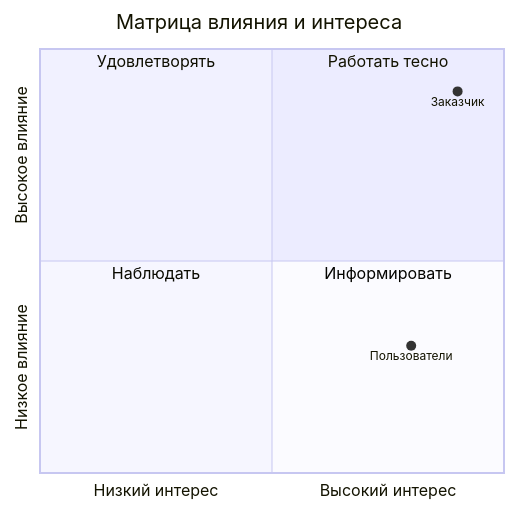
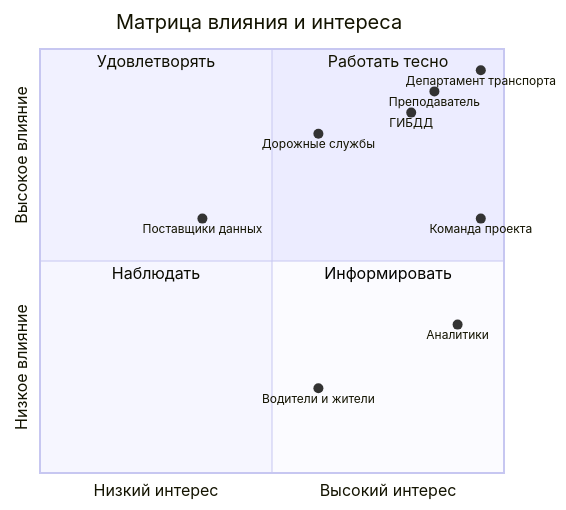
Before and after one commit to renvoid72/pm-lab-5-CIA: the diagram in docs/stakeholders.md, drawn with Mermaid. The commit also changed other lines of this file, not shown here.

````diff
--- a/docs/stakeholders.md
+++ b/docs/stakeholders.md
@@ -13,12 +20,18 @@
 ```mermaid
 quadrantChart
     title Матрица влияния и интереса
     x-axis Низкий интерес --> Высокий интерес
     y-axis Низкое влияние --> Высокое влияние
     quadrant-1 Работать тесно
     quadrant-2 Удовлетворять
     quadrant-3 Наблюдать
     quadrant-4 Информировать
-    Заказчик: [0.9, 0.9]
-    Пользователи: [0.8, 0.3]
+    Департамент транспорта: [0.95, 0.95]
+    ГИБДД: [0.8, 0.85]
+    Преподаватель: [0.85, 0.9]
+    Дорожные службы: [0.6, 0.8]
+    Команда проекта: [0.95, 0.6]
+    Аналитики: [0.9, 0.35]
+    Поставщики данных: [0.35, 0.6]
+    Водители и жители: [0.6, 0.2]
 ```
````
